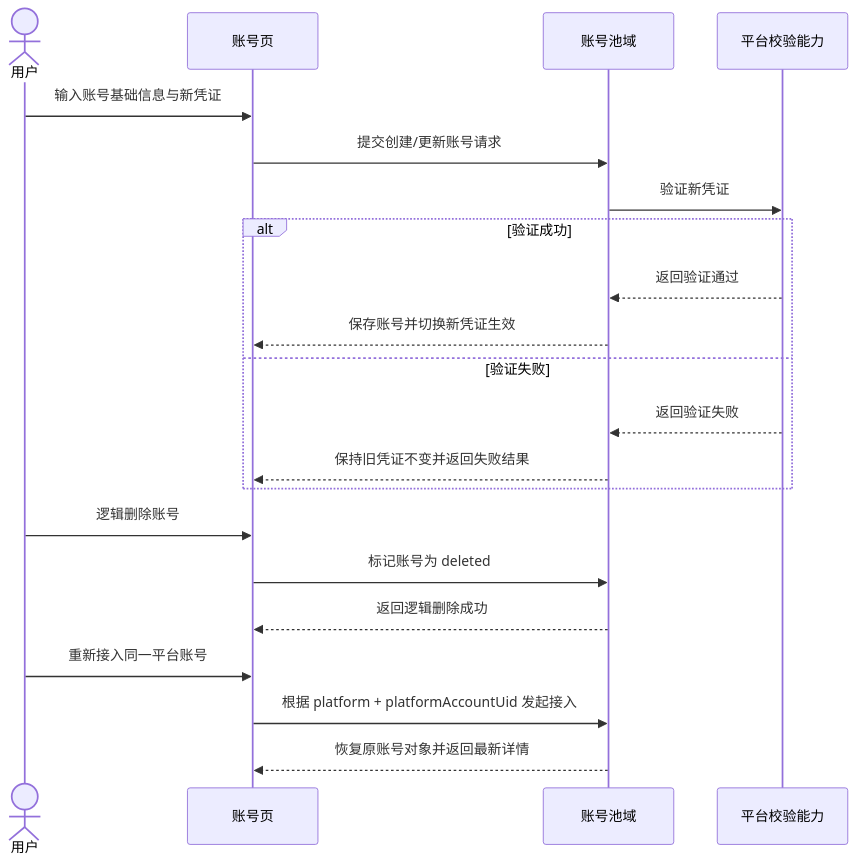
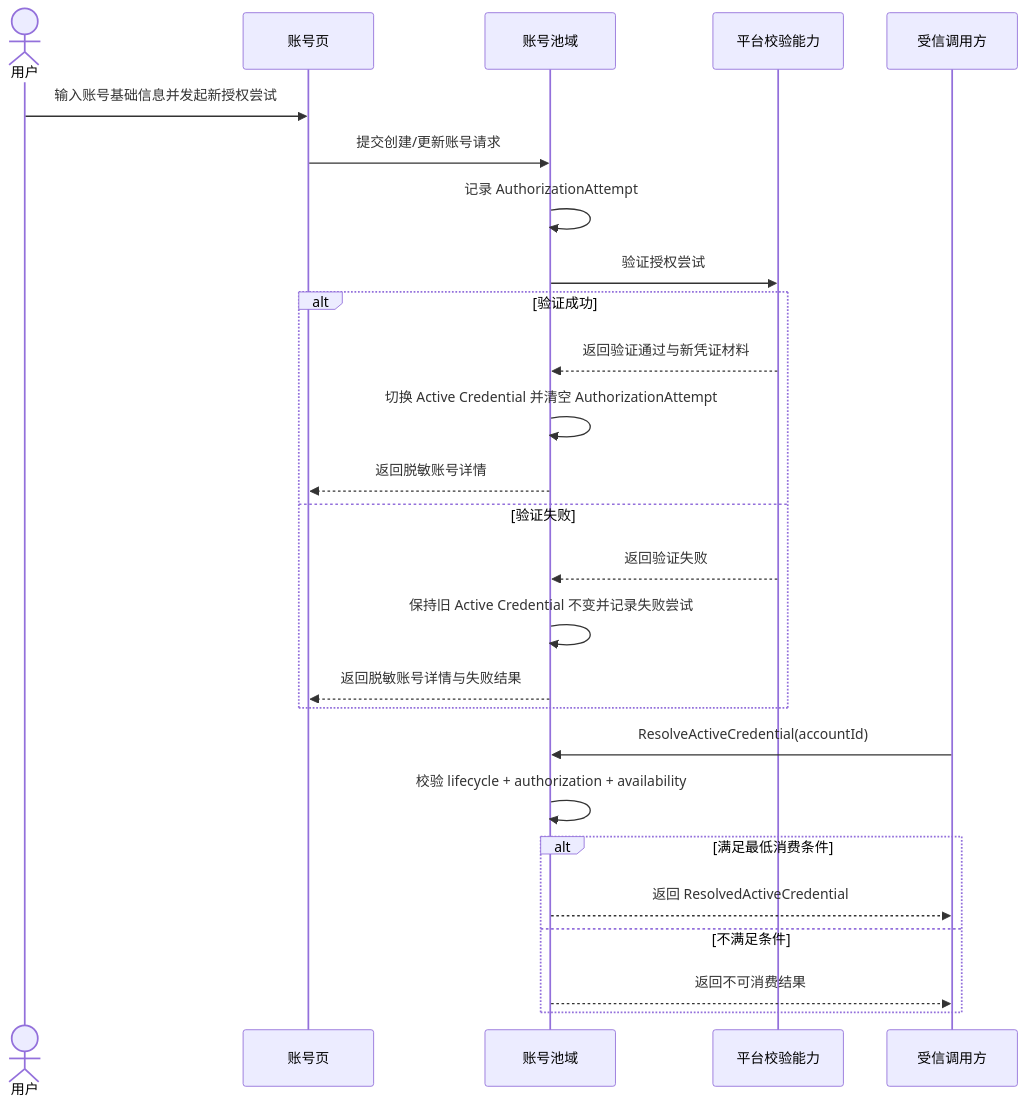
Before and after one commit to Time-Machine-Lab/CyberNomads: the second of 2 diagrams in docs/design/domain/Cybernomads账号池领域设计文档.md, drawn with Mermaid. The commit also changed other lines of this file, not shown here.

````diff
--- a/docs/design/domain/Cybernomads账号池领域设计文档.md
+++ b/docs/design/domain/Cybernomads账号池领域设计文档.md
@@ -135,27 +162,31 @@
 ```mermaid
 sequenceDiagram
     actor User as 用户
     participant AccountPage as 账号页
     participant AccountDomain as 账号池域
     participant PlatformVerifier as 平台校验能力
+    participant TrustedConsumer as 受信调用方
 
-    User->>AccountPage: 输入账号基础信息与新凭证
+    User->>AccountPage: 输入账号基础信息并发起新授权尝试
     AccountPage->>AccountDomain: 提交创建/更新账号请求
-    AccountDomain->>PlatformVerifier: 验证新凭证
+    AccountDomain->>AccountDomain: 记录 AuthorizationAttempt
+    AccountDomain->>PlatformVerifier: 验证授权尝试
 
     alt 验证成功
-        PlatformVerifier-->>AccountDomain: 返回验证通过
-        AccountDomain-->>AccountPage: 保存账号并切换新凭证生效
+        PlatformVerifier-->>AccountDomain: 返回验证通过与新凭证材料
+        AccountDomain->>AccountDomain: 切换 Active Credential 并清空 AuthorizationAttempt
+        AccountDomain-->>AccountPage: 返回脱敏账号详情
     else 验证失败
         PlatformVerifier-->>AccountDomain: 返回验证失败
-        AccountDomain-->>AccountPage: 保持旧凭证不变并返回失败结果
+        AccountDomain->>AccountDomain: 保持旧 Active Credential 不变并记录失败尝试
+        AccountDomain-->>AccountPage: 返回脱敏账号详情与失败结果
     end
 
-    User->>AccountPage: 逻辑删除账号
-    AccountPage->>AccountDomain: 标记账号为 deleted
-    AccountDomain-->>AccountPage: 返回逻辑删除成功
-
-    User->>AccountPage: 重新接入同一平台账号
-    AccountPage->>AccountDomain: 根据 platform + platformAccountUid 发起接入
-    AccountDomain-->>AccountPage: 恢复原账号对象并返回最新详情
+    TrustedConsumer->>AccountDomain: ResolveActiveCredential(accountId)
+    AccountDomain->>AccountDomain: 校验 lifecycle + authorization + availability
+    alt 满足最低消费条件
+        AccountDomain-->>TrustedConsumer: 返回 ResolvedActiveCredential
+    else 不满足条件
+        AccountDomain-->>TrustedConsumer: 返回不可消费结果
+    end
 ```
````
